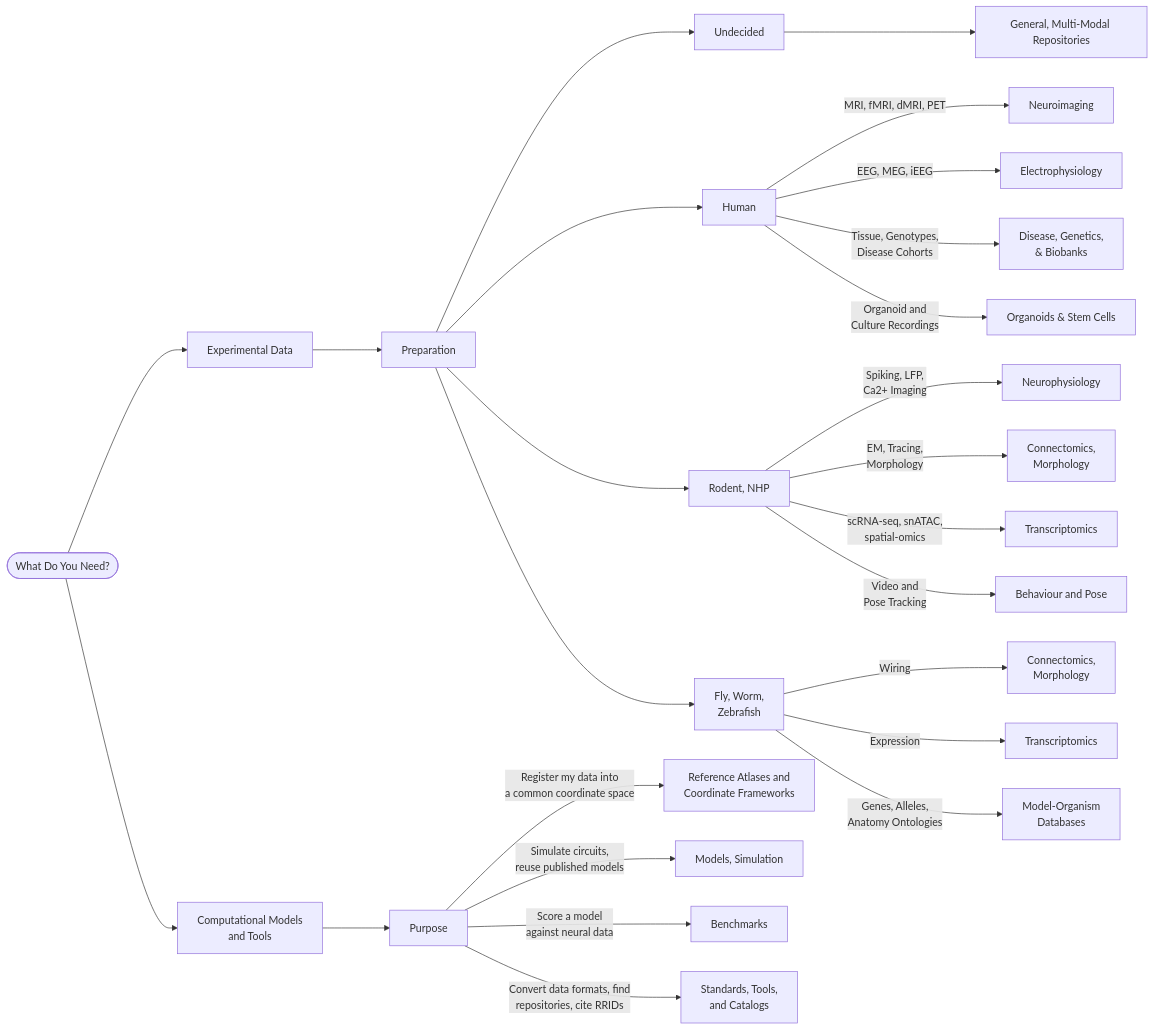
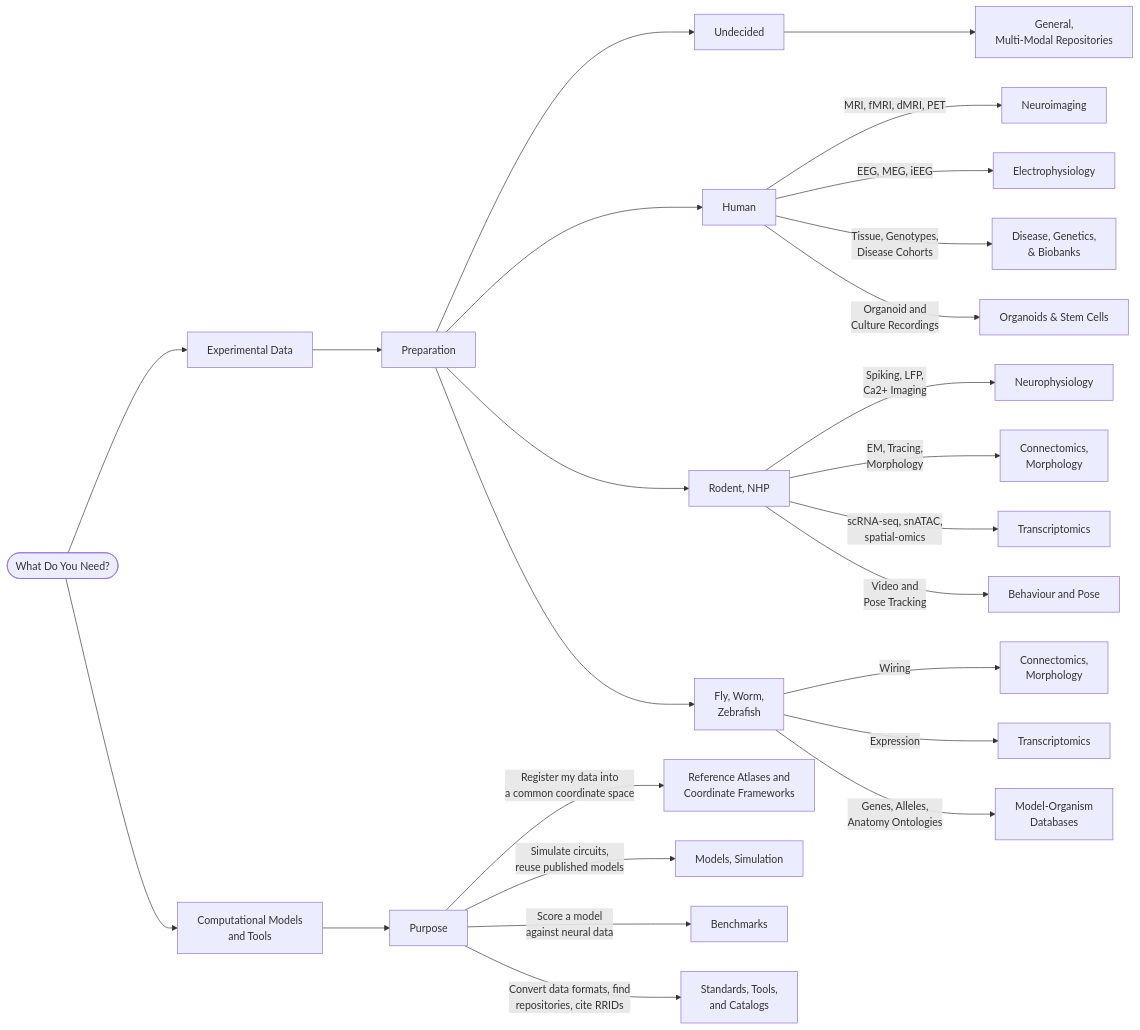
The diagram in docs/index.md (lauramedlock/neuroarchives), drawn with Mermaid before and after one commit.

Commit message:
Fix formatting in index.md for General repositories

````diff
--- a/docs/index.md
+++ b/docs/index.md
@@ -41,35 +41,35 @@
 ```mermaid
 %%{init: {"flowchart": {"useMaxWidth": true, "rankSpacing": 90, "nodeSpacing": 45}} }%%
 flowchart LR
     START([What Do You Need?])
     START --> EXP[Experimental Data]
     START --> MOD[Computational Models<br>and Tools]
 
     EXP --> PREP[Preparation]
     PREP -->GEN[Undecided]
     PREP -->HU[Human]
     PREP -->RO[Rodent, NHP]
     PREP -->INV[Fly, Worm,<br>Zebrafish]
 
     HU -->|MRI, fMRI, dMRI, PET| E1[Neuroimaging]
     HU -->|EEG, MEG, iEEG| E2[Electrophysiology]
     HU -->|Tissue, Genotypes,<br>Disease Cohorts| E3[Disease, Genetics,<br>& Biobanks]
     HU -->|Organoid and<br>Culture Recordings| E4[Organoids & Stem Cells]
 
     RO -->|Spiking, LFP,<br>Ca2+ Imaging| E5[Neurophysiology] 
     RO -->|EM, Tracing,<br>Morphology| E6[Connectomics, <br> Morphology]
     RO -->|scRNA-seq, snATAC,<br>spatial-omics| E7[Transcriptomics]
     RO -->|Video and<br>Pose Tracking| E8[Behaviour and Pose]
 
     INV -->|Wiring| E6b[Connectomics,<br>Morphology]
     INV -->|Expression| E7b[Transcriptomics]
     INV -->|Genes, Alleles,<br>Anatomy Ontologies| E9[Model-Organism<br>Databases]
 
-    GEN -->E10[General, Multi-Modal Repositories]
+    GEN -->E10[General,<br> Multi-Modal Repositories]
 
     MOD --> PURPOSE[Purpose]
     PURPOSE -->|Register my data into<br>a common coordinate space| M1[Reference Atlases and<br>Coordinate Frameworks]
     PURPOSE -->|Simulate circuits,<br>reuse published models| M2[Models, Simulation]
     PURPOSE -->|Score a model<br>against neural data| M4[Benchmarks]
     PURPOSE -->|Convert data formats, find<br>repositories, cite RRIDs| M3[Standards, Tools,<br>and Catalogs]
 ```
````
